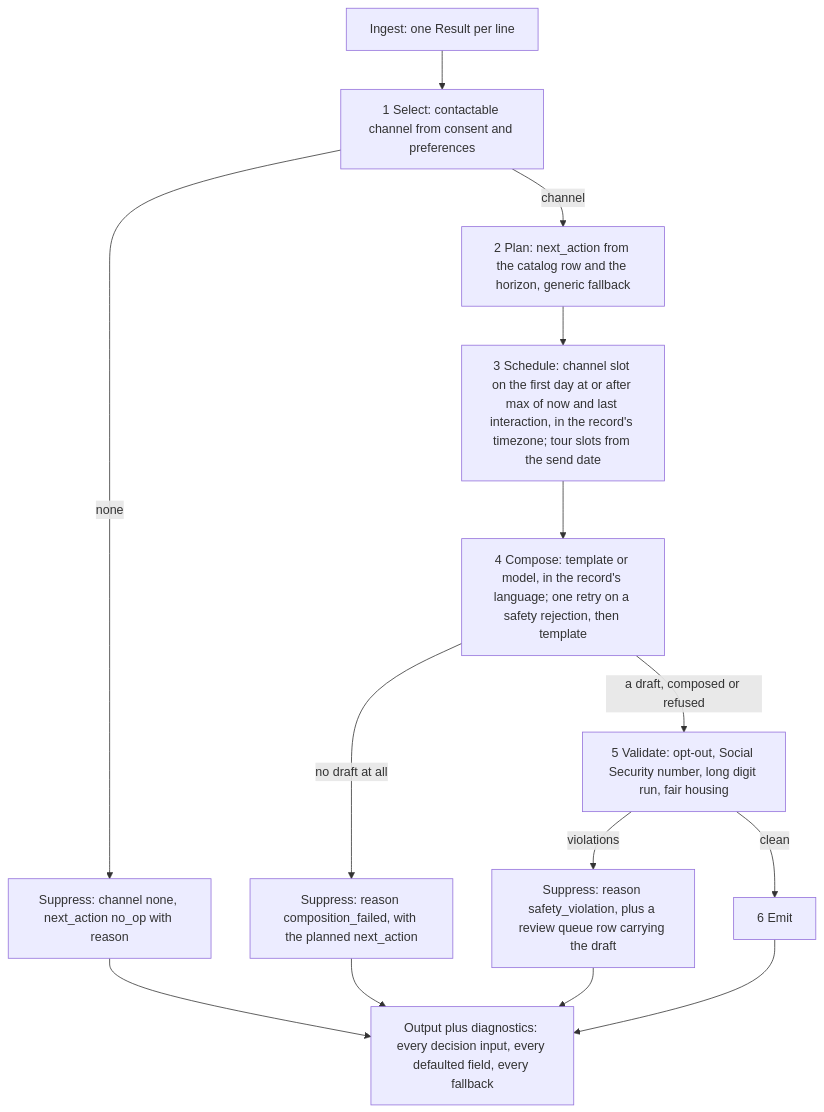
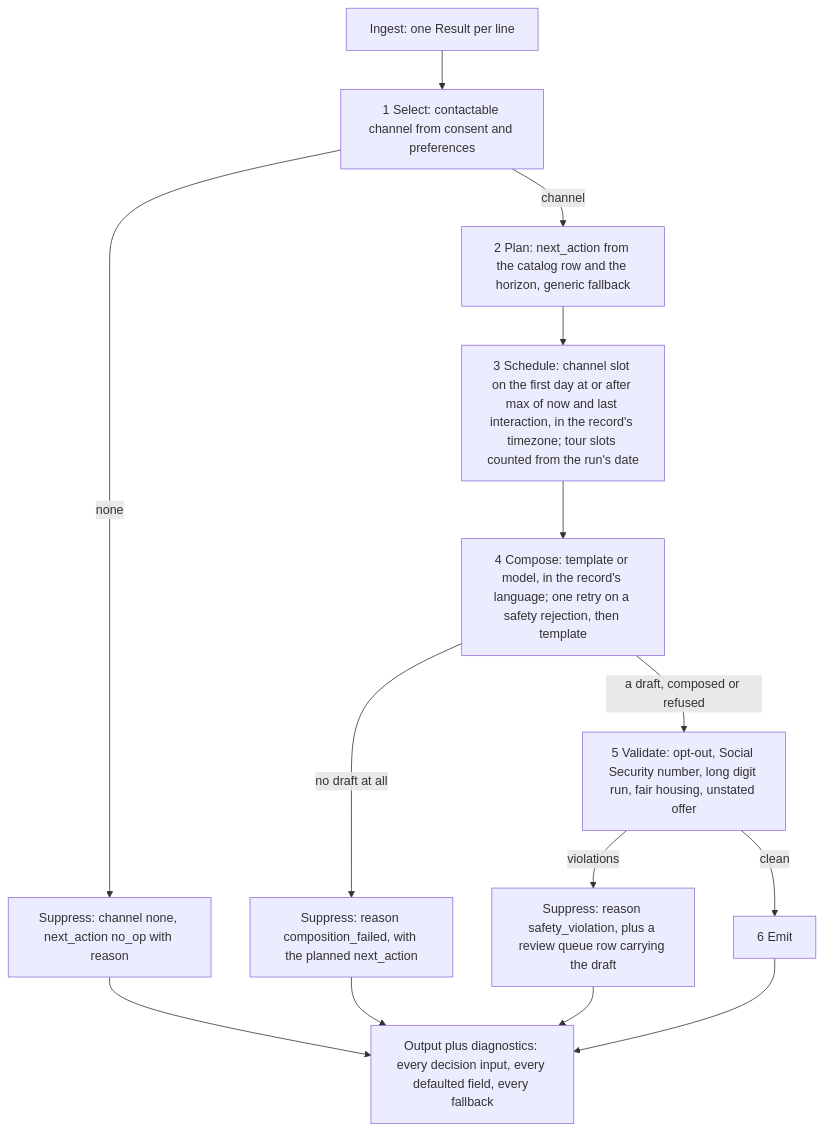
One commit to AndrewVanDelden/RealPagesInterview changed the diagram in README.md. Above: the diagram before and after it, drawn with Mermaid. The commit also changed other lines of this file and 6 other files, not shown here.

````diff
--- a/README.md
+++ b/README.md
@@ -16,16 +16,16 @@
 ```mermaid
 flowchart TD
     A[Ingest: one Result per line] --> B[1 Select: contactable channel from consent and preferences]
     B -- none --> S[Suppress: channel none, next_action no_op with reason]
     B -- channel --> C[2 Plan: next_action from the catalog row and the horizon, generic fallback]
-    C --> D[3 Schedule: channel slot on the first day at or after max of now and last interaction, in the record's timezone; tour slots from the send date]
+    C --> D[3 Schedule: channel slot on the first day at or after max of now and last interaction, in the record's timezone; tour slots counted from the run's date]
     D --> E[4 Compose: template or model, in the record's language; one retry on a safety rejection, then template]
     E -- no draft at all --> S2[Suppress: reason composition_failed, with the planned next_action]
-    E -- a draft, composed or refused --> F[5 Validate: opt-out, Social Security number, long digit run, fair housing]
+    E -- a draft, composed or refused --> F[5 Validate: opt-out, Social Security number, long digit run, fair housing, unstated offer]
     F -- violations --> S3[Suppress: reason safety_violation, plus a review queue row carrying the draft]
     F -- clean --> G[6 Emit]
     S --> H[Output plus diagnostics: every decision input, every defaulted field, every fallback]
     S2 --> H
     S3 --> H
     G --> H
 ```
````
